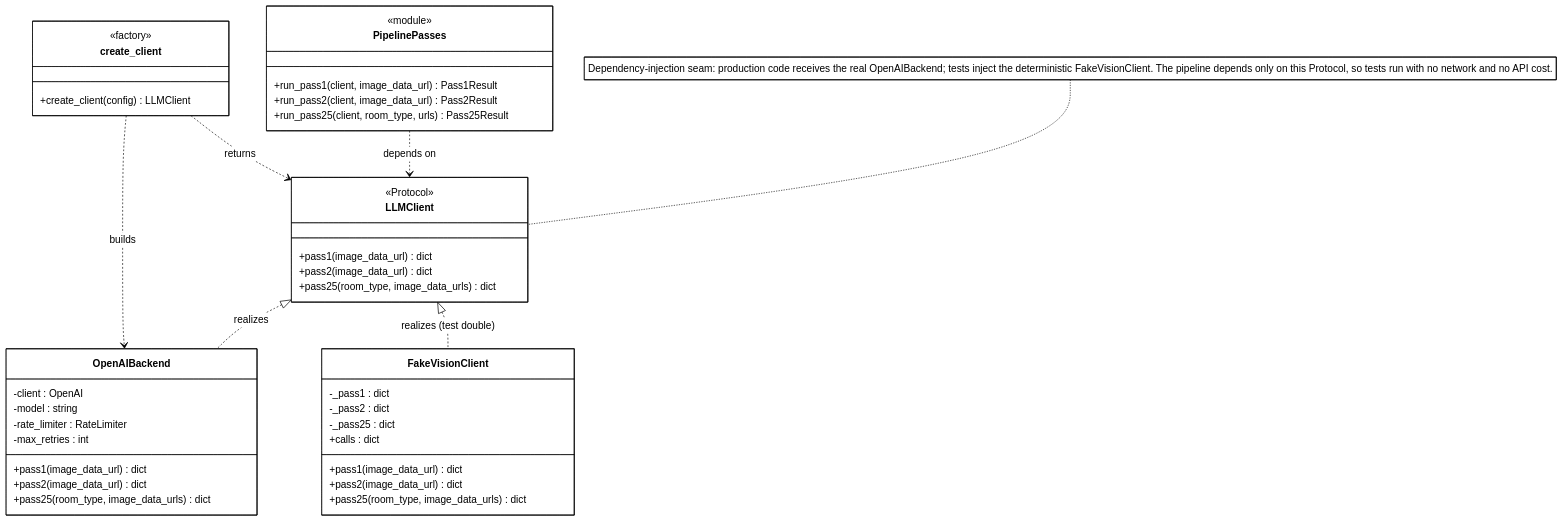
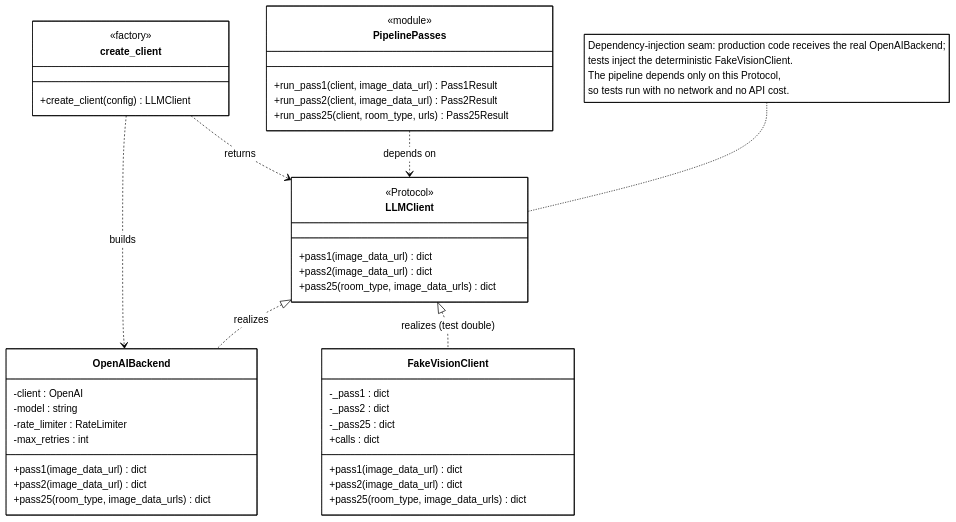
Before and after one commit to VivekNagra/RealViewChat: the third of 4 diagrams in docs/DIAGRAMS.md, drawn with Mermaid.

Commit message:
docs: wrap Figure 9 note across multiple lines

````diff
--- a/docs/DIAGRAMS.md
+++ b/docs/DIAGRAMS.md
@@ -121,48 +121,48 @@
 ```mermaid
 %%{init: {"theme":"base","themeVariables":{"primaryColor":"#ffffff","primaryTextColor":"#000000","primaryBorderColor":"#000000","lineColor":"#000000","textColor":"#000000","mainBkg":"#ffffff","nodeBorder":"#000000","clusterBkg":"#ffffff","clusterBorder":"#000000","edgeLabelBackground":"#ffffff","noteBkgColor":"#ffffff","noteTextColor":"#000000","noteBorderColor":"#000000","actorBkg":"#ffffff","actorBorder":"#000000","actorTextColor":"#000000","actorLineColor":"#000000","signalColor":"#000000","signalTextColor":"#000000","labelBoxBkgColor":"#ffffff","labelBoxBorderColor":"#000000","labelTextColor":"#000000","loopTextColor":"#000000","activationBkgColor":"#ffffff","activationBorderColor":"#000000","classText":"#000000"}} }%%
 classDiagram
     direction TB
 
     class LLMClient {
         <<Protocol>>
         +pass1(image_data_url) dict
         +pass2(image_data_url) dict
         +pass25(room_type, image_data_urls) dict
     }
     class OpenAIBackend {
         -client : OpenAI
         -model : string
         -rate_limiter : RateLimiter
         -max_retries : int
         +pass1(image_data_url) dict
         +pass2(image_data_url) dict
         +pass25(room_type, image_data_urls) dict
     }
     class FakeVisionClient {
         -_pass1 : dict
         -_pass2 : dict
         -_pass25 : dict
         +calls : dict
         +pass1(image_data_url) dict
         +pass2(image_data_url) dict
         +pass25(room_type, image_data_urls) dict
     }
     class PipelinePasses {
         <<module>>
         +run_pass1(client, image_data_url) Pass1Result
         +run_pass2(client, image_data_url) Pass2Result
         +run_pass25(client, room_type, urls) Pass25Result
     }
     class create_client {
         <<factory>>
         +create_client(config) LLMClient
     }
 
     LLMClient <|.. OpenAIBackend : realizes
     LLMClient <|.. FakeVisionClient : realizes (test double)
     PipelinePasses ..> LLMClient : depends on
     create_client ..> OpenAIBackend : builds
     create_client ..> LLMClient : returns
 
-    note for LLMClient "Dependency-injection seam: production code receives the real OpenAIBackend; tests inject the deterministic FakeVisionClient. The pipeline depends only on this Protocol, so tests run with no network and no API cost."
+    note for LLMClient "Dependency-injection seam: production code receives the real OpenAIBackend;<br/>tests inject the deterministic FakeVisionClient.<br/>The pipeline depends only on this Protocol,<br/>so tests run with no network and no API cost."
 ```
````
